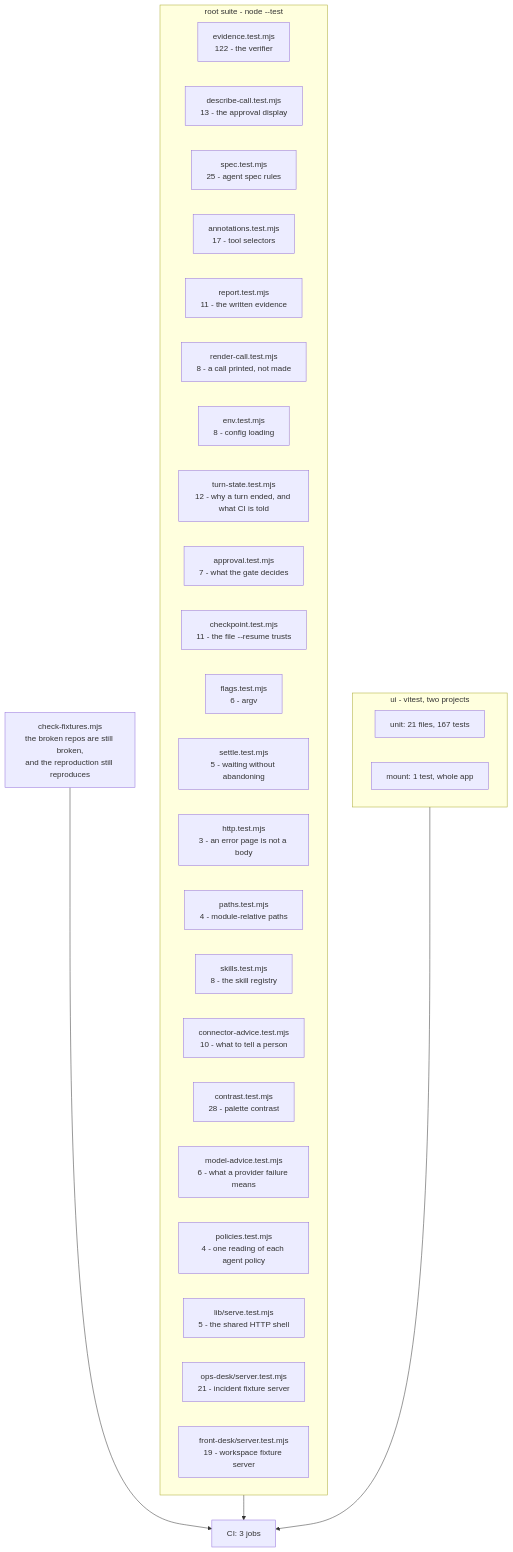
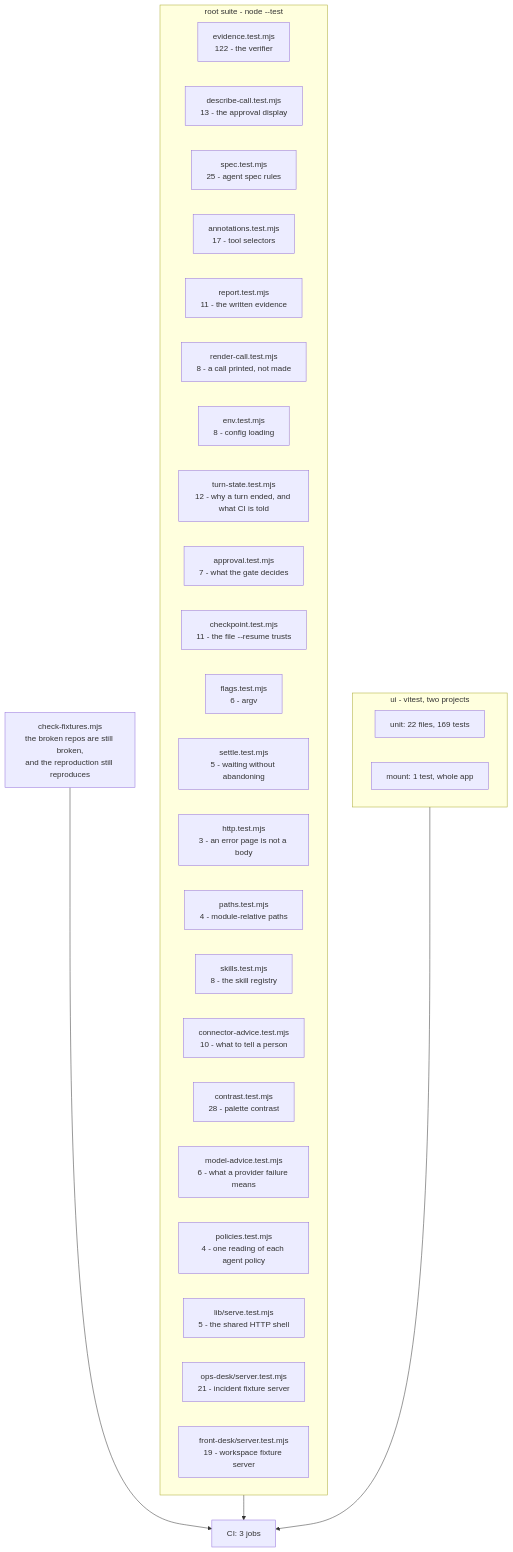
The diagram in TESTING.md (manumishra12/quartermaster), drawn with Mermaid before and after one commit. The commit also changed other lines of this file and 10 other files, not shown here.

````diff
--- a/TESTING.md
+++ b/TESTING.md
@@ -30,38 +30,38 @@
 ```mermaid
 flowchart TD
   subgraph root["root suite - node --test"]
     EV["evidence.test.mjs<br/>122 - the verifier"]
     DC["describe-call.test.mjs<br/>13 - the approval display"]
     SP["spec.test.mjs<br/>25 - agent spec rules"]
     AN["annotations.test.mjs<br/>17 - tool selectors"]
     RP["report.test.mjs<br/>11 - the written evidence"]
     RC["render-call.test.mjs<br/>8 - a call printed, not made"]
     EN["env.test.mjs<br/>8 - config loading"]
     TS["turn-state.test.mjs<br/>12 - why a turn ended, and what CI is told"]
     AP["approval.test.mjs<br/>7 - what the gate decides"]
     CK["checkpoint.test.mjs<br/>11 - the file --resume trusts"]
     FL["flags.test.mjs<br/>6 - argv"]
     ST["settle.test.mjs<br/>5 - waiting without abandoning"]
     HT["http.test.mjs<br/>3 - an error page is not a body"]
     PA["paths.test.mjs<br/>4 - module-relative paths"]
     SK["skills.test.mjs<br/>8 - the skill registry"]
     CA["connector-advice.test.mjs<br/>10 - what to tell a person"]
     CO["contrast.test.mjs<br/>28 - palette contrast"]
     MA["model-advice.test.mjs<br/>6 - what a provider failure means"]
     PO["policies.test.mjs<br/>4 - one reading of each agent policy"]
     SV["lib/serve.test.mjs<br/>5 - the shared HTTP shell"]
     OD["ops-desk/server.test.mjs<br/>21 - incident fixture server"]
     FD["front-desk/server.test.mjs<br/>19 - workspace fixture server"]
   end
 
   subgraph ui["ui - vitest, two projects"]
-    U1["unit: 21 files, 167 tests"]
+    U1["unit: 22 files, 169 tests"]
     U2["mount: 1 test, whole app"]
   end
 
   FX["check-fixtures.mjs<br/>the broken repos are still broken,<br/>and the reproduction still reproduces"]
 
   root --> CI["CI: 3 jobs"]
   ui --> CI
   FX --> CI
 ```
````
